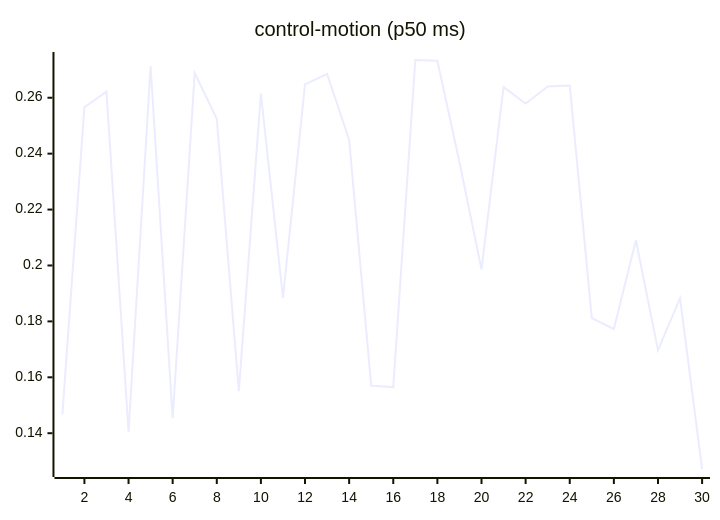
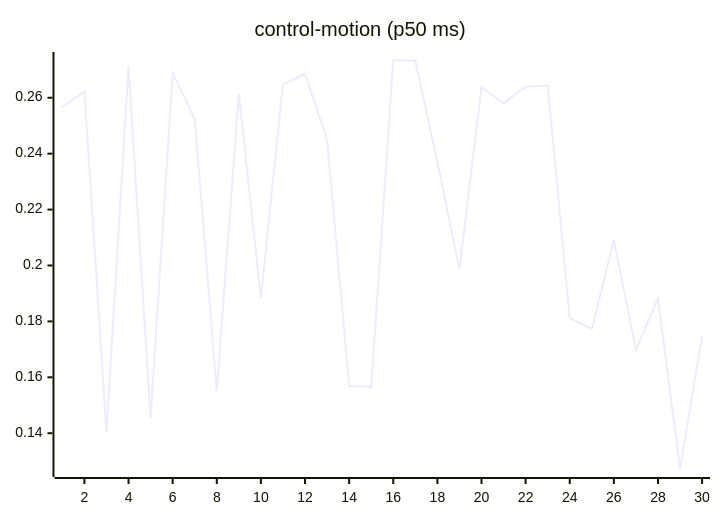
The seventh of 27 diagrams in README.md (josha/Facet), drawn with Mermaid before and after one commit. The commit also changed other lines of this file and 2 other files, not shown here.

````diff
--- a/README.md
+++ b/README.md
@@ -105,6 +105,6 @@
 ```mermaid
 xychart-beta
     title "control-motion (p50 ms)"
     x-axis 1 --> 30
-    line [0.1467, 0.2566, 0.2622, 0.1405, 0.2712, 0.1454, 0.2688, 0.2525, 0.1550, 0.2615, 0.1884, 0.2648, 0.2685, 0.2450, 0.1570, 0.1565, 0.2735, 0.2732, 0.2370, 0.1986, 0.2638, 0.2579, 0.2640, 0.2644, 0.1812, 0.1773, 0.2090, 0.1697, 0.1883, 0.1272]
+    line [0.2566, 0.2622, 0.1405, 0.2712, 0.1454, 0.2688, 0.2525, 0.1550, 0.2615, 0.1884, 0.2648, 0.2685, 0.2450, 0.1570, 0.1565, 0.2735, 0.2732, 0.2370, 0.1986, 0.2638, 0.2579, 0.2640, 0.2644, 0.1812, 0.1773, 0.2090, 0.1697, 0.1883, 0.1272, 0.1748]
 ```
````
